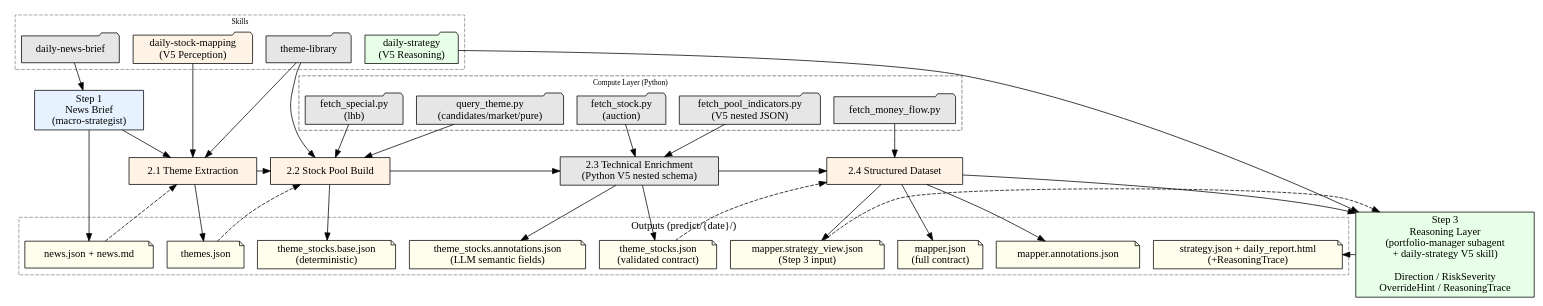
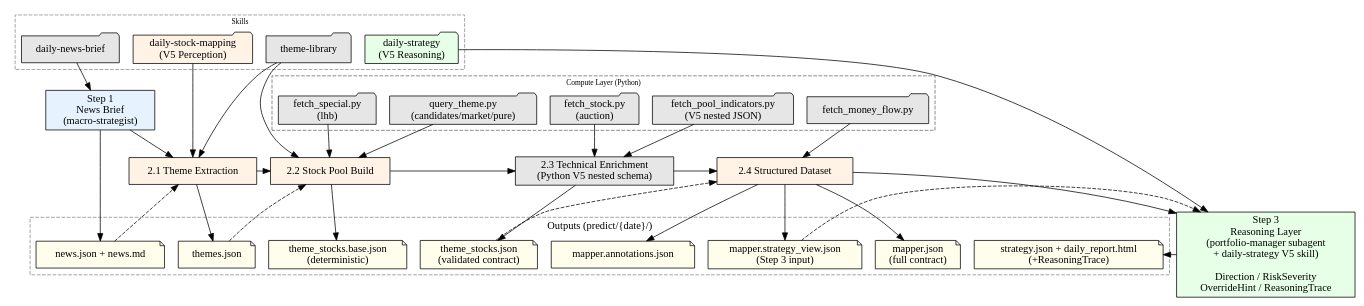
The diagram in .opencode/skills/daily-market-analysis/SKILL.md (mysll/ashare-pilot), drawn with Graphviz before and after one commit. The commit also changed other lines of this file and 29 other files, not shown here.

```diff
--- a/.opencode/skills/daily-market-analysis/SKILL.md
+++ b/.opencode/skills/daily-market-analysis/SKILL.md
@@ -78,7 +78,6 @@
         "news.json + news.md" [shape=note, style=filled, fillcolor="#fffdeb"];
         "themes.json" [shape=note, style=filled, fillcolor="#fffdeb"];
         "theme_stocks.base.json\n(deterministic)" [shape=note, style=filled, fillcolor="#fffdeb"];
-        "theme_stocks.annotations.json\n(LLM semantic fields)" [shape=note, style=filled, fillcolor="#fffdeb"];
         "theme_stocks.json\n(validated contract)" [shape=note, style=filled, fillcolor="#fffdeb"];
         "mapper.annotations.json" [shape=note, style=filled, fillcolor="#fffdeb"];
         "mapper.json\n(full contract)" [shape=note, style=filled, fillcolor="#fffdeb"];
@@ -97,7 +96,6 @@
     "Step 1: News Brief" -> "news.json + news.md";
     "2.1 Theme Extraction" -> "themes.json";
     "2.2 Stock Pool Build" -> "theme_stocks.base.json\n(deterministic)";
-    "2.3 Technical Enrichment\n(Python V5 nested schema)" -> "theme_stocks.annotations.json\n(LLM semantic fields)";
     "2.3 Technical Enrichment\n(Python V5 nested schema)" -> "theme_stocks.json\n(validated contract)";
     "2.4 Structured Dataset" -> "mapper.annotations.json";
     "2.4 Structured Dataset" -> "mapper.json\n(full contract)";
```
